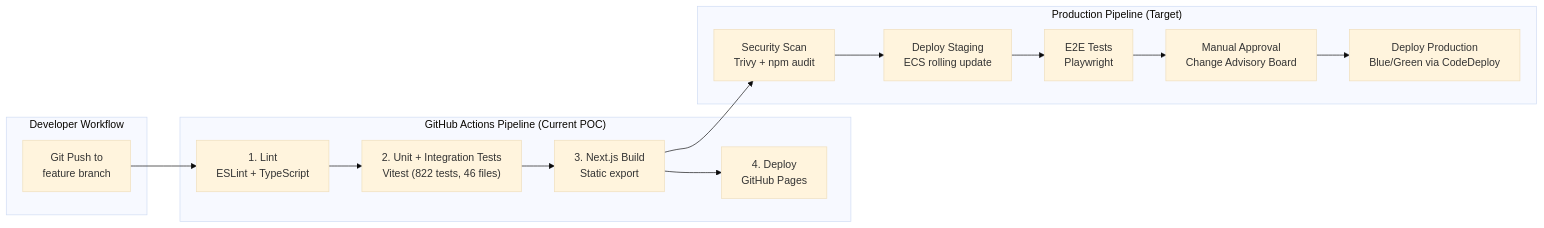
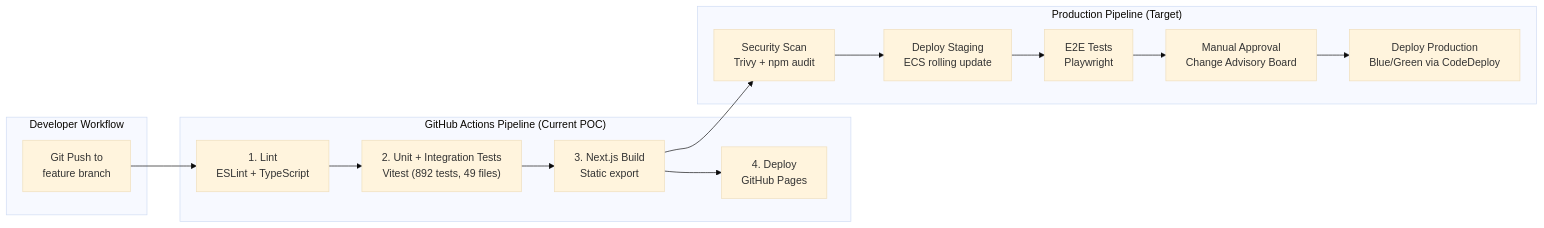
One commit to macleoda-leidos/aib-iaas-poc changed the ninth of 9 diagrams in docs/architecture.md. Above: the diagram before and after it, drawn with Mermaid (base theme). The commit also changed other lines of this file and 3 other files, not shown here.

````diff
--- a/docs/architecture.md
+++ b/docs/architecture.md
@@ -742,24 +742,24 @@
 ```mermaid
 graph LR
     subgraph "Developer Workflow"
         commit["Git Push to<br/>feature branch"]
     end
 
     subgraph "GitHub Actions Pipeline (Current POC)"
         lint["1. Lint<br/>ESLint + TypeScript"]
-        test["2. Unit + Integration Tests<br/>Vitest (822 tests, 46 files)"]
+        test["2. Unit + Integration Tests<br/>Vitest (892 tests, 49 files)"]
         build["3. Next.js Build<br/>Static export"]
         deploy["4. Deploy<br/>GitHub Pages"]
     end
 
     subgraph "Production Pipeline (Target)"
         scan["Security Scan<br/>Trivy + npm audit"]
         staging["Deploy Staging<br/>ECS rolling update"]
         e2e["E2E Tests<br/>Playwright"]
         approve["Manual Approval<br/>Change Advisory Board"]
         prod["Deploy Production<br/>Blue/Green via CodeDeploy"]
     end
 
     commit --> lint --> test --> build --> deploy
     build --> scan --> staging --> e2e --> approve --> prod
 ```
````
